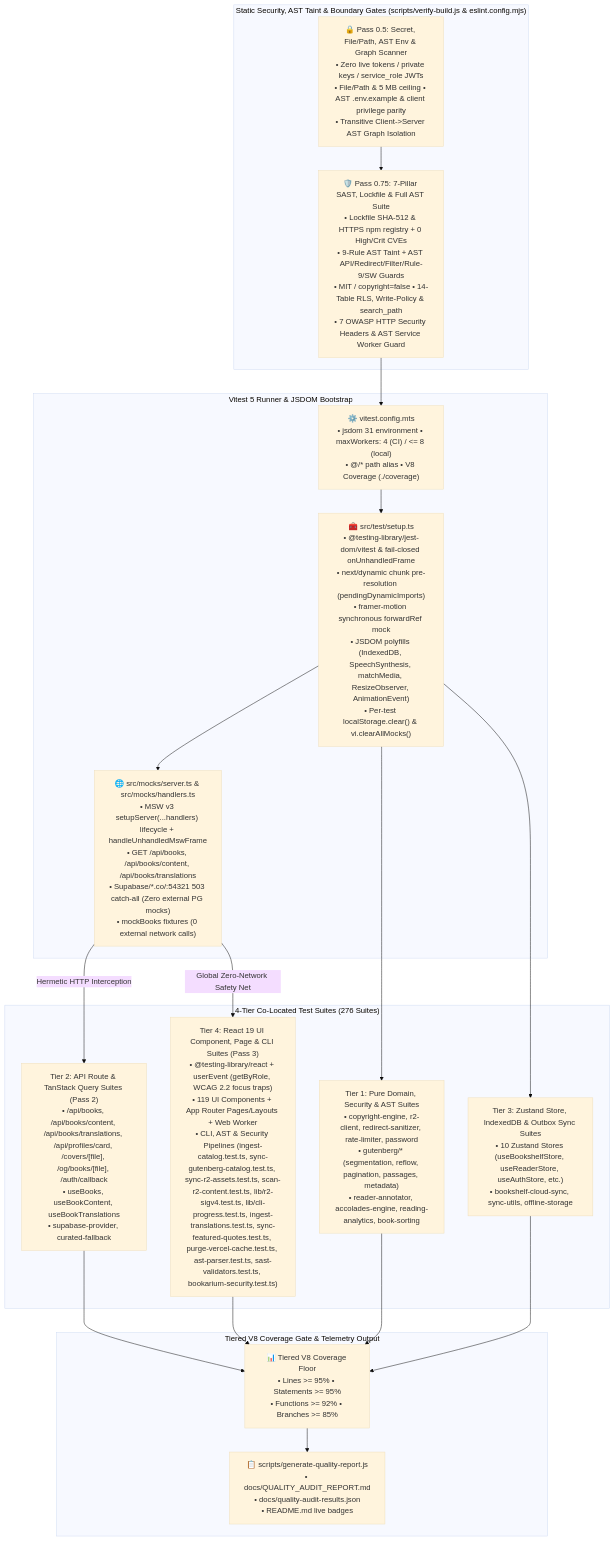
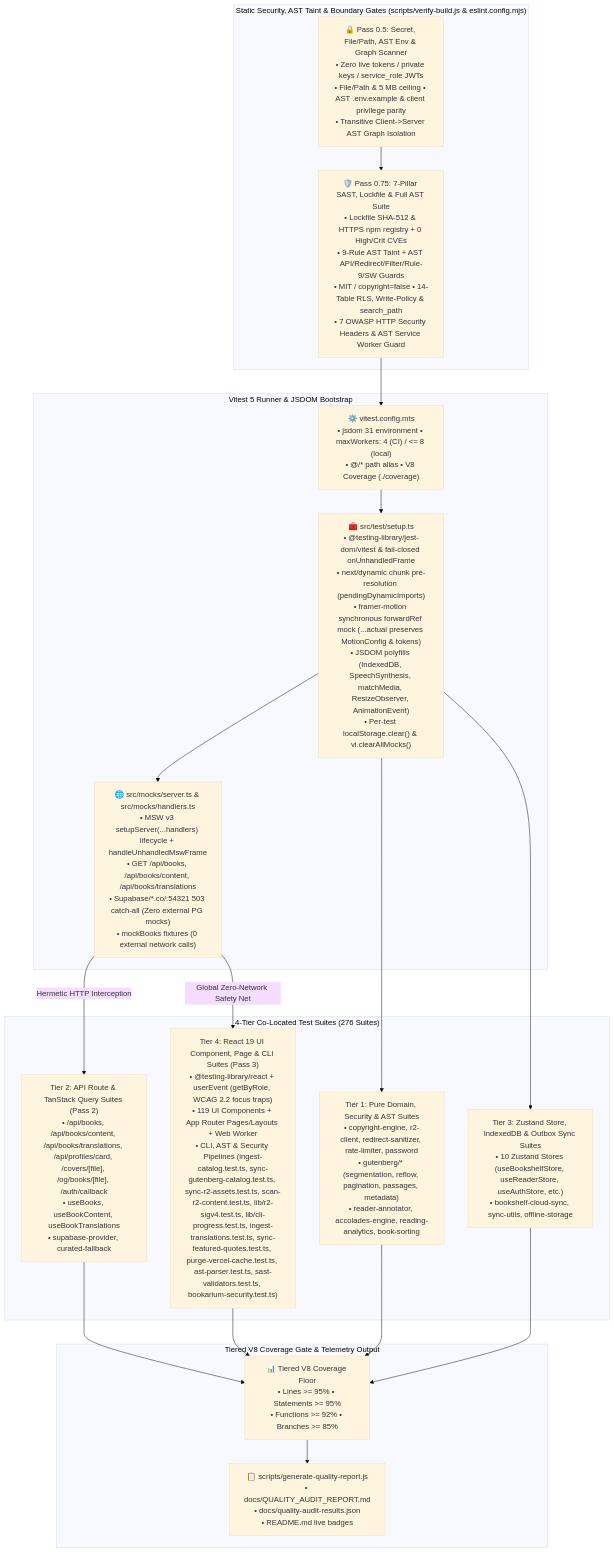
One commit to calin-m/Bookarium changed the diagram in docs/architecture/ast-topology-and-tooling.md. Above: the diagram before and after it, drawn with Mermaid (base theme). The commit also changed other lines of this file and 50 other files, not shown here.

First line of the commit message:
feat(motion,ast,docs): add MotionConfig reduced-motion, AnimatePresence overlays & Tier-4 contract sweep (v2.9.96)

````diff
--- a/docs/architecture/ast-topology-and-tooling.md
+++ b/docs/architecture/ast-topology-and-tooling.md
@@ -15,39 +15,39 @@
 ```mermaid
 flowchart TD
     subgraph SecurityGates ["Static Security, AST Taint & Boundary Gates (scripts/verify-build.js & eslint.config.mjs)"]
         Pass05["🔒 Pass 0.5: Secret, File/Path, AST Env & Graph Scanner\n• Zero live tokens / private keys / service_role JWTs\n• File/Path & 5 MB ceiling • AST .env.example & client privilege parity\n• Transitive Client->Server AST Graph Isolation"]
         Pass075["🛡️ Pass 0.75: 7-Pillar SAST, Lockfile & Full AST Suite\n• Lockfile SHA-512 & HTTPS npm registry + 0 High/Crit CVEs\n• 9-Rule AST Taint + AST API/Redirect/Filter/Rule-9/SW Guards\n• MIT / copyright=false • 14-Table RLS, Write-Policy & search_path\n• 7 OWASP HTTP Security Headers & AST Service Worker Guard"]
     end
 
     subgraph TestRunner ["Vitest 5 Runner & JSDOM Bootstrap"]
         VitestCfg["⚙️ vitest.config.mts\n• jsdom 31 environment • maxWorkers: 4 (CI) / <= 8 (local)\n• @/* path alias • V8 Coverage (./coverage)"]
-        TestSetup["🧰 src/test/setup.ts\n• @testing-library/jest-dom/vitest & fail-closed onUnhandledFrame\n• next/dynamic chunk pre-resolution (pendingDynamicImports)\n• framer-motion synchronous forwardRef mock\n• JSDOM polyfills (IndexedDB, SpeechSynthesis, matchMedia, ResizeObserver, AnimationEvent)\n• Per-test localStorage.clear() & vi.clearAllMocks()"]
+        TestSetup["🧰 src/test/setup.ts\n• @testing-library/jest-dom/vitest & fail-closed onUnhandledFrame\n• next/dynamic chunk pre-resolution (pendingDynamicImports)\n• framer-motion synchronous forwardRef mock (...actual preserves MotionConfig & tokens)\n• JSDOM polyfills (IndexedDB, SpeechSynthesis, matchMedia, ResizeObserver, AnimationEvent)\n• Per-test localStorage.clear() & vi.clearAllMocks()"]
         MSWServer["🌐 src/mocks/server.ts & src/mocks/handlers.ts\n• MSW v3 setupServer(...handlers) lifecycle + handleUnhandledMswFrame\n• GET /api/books, /api/books/content, /api/books/translations\n• Supabase/*.co/:54321 503 catch-all (Zero external PG mocks)\n• mockBooks fixtures (0 external network calls)"]
     end
 
     subgraph TestTiers ["4-Tier Co-Located Test Suites (276 Suites)"]
         Tier1["Tier 1: Pure Domain, Security & AST Suites\n• copyright-engine, r2-client, redirect-sanitizer, rate-limiter, password\n• gutenberg/* (segmentation, reflow, pagination, passages, metadata)\n• reader-annotator, accolades-engine, reading-analytics, book-sorting"]
         Tier2["Tier 2: API Route & TanStack Query Suites (Pass 2)\n• /api/books, /api/books/content, /api/books/translations, /api/profiles/card, /covers/[file], /og/books/[file], /auth/callback\n• useBooks, useBookContent, useBookTranslations\n• supabase-provider, curated-fallback"]
         Tier3["Tier 3: Zustand Store, IndexedDB & Outbox Sync Suites\n• 10 Zustand Stores (useBookshelfStore, useReaderStore, useAuthStore, etc.)\n• bookshelf-cloud-sync, sync-utils, offline-storage"]
         Tier4["Tier 4: React 19 UI Component, Page & CLI Suites (Pass 3)\n• @testing-library/react + userEvent (getByRole, WCAG 2.2 focus traps)\n• 119 UI Components + App Router Pages/Layouts + Web Worker\n• CLI, AST & Security Pipelines (ingest-catalog.test.ts, sync-gutenberg-catalog.test.ts, sync-r2-assets.test.ts, scan-r2-content.test.ts, lib/r2-sigv4.test.ts, lib/cli-progress.test.ts, ingest-translations.test.ts, sync-featured-quotes.test.ts, purge-vercel-cache.test.ts, ast-parser.test.ts, sast-validators.test.ts, bookarium-security.test.ts)"]
     end
 
     subgraph CoverageGate ["Tiered V8 Coverage Gate & Telemetry Output"]
         V8Thresholds["📊 Tiered V8 Coverage Floor\n• Lines >= 95% • Statements >= 95%\n• Functions >= 92% • Branches >= 85%"]
         QualityReport["📋 scripts/generate-quality-report.js\n• docs/QUALITY_AUDIT_REPORT.md\n• docs/quality-audit-results.json\n• README.md live badges"]
     end
 
     Pass05 --> Pass075
     Pass075 --> VitestCfg
     VitestCfg --> TestSetup
     TestSetup --> MSWServer
     TestSetup --> Tier1
     MSWServer -->|"Hermetic HTTP Interception"| Tier2
     TestSetup --> Tier3
     MSWServer -->|"Global Zero-Network Safety Net"| Tier4
     Tier1 --> V8Thresholds
     Tier2 --> V8Thresholds
     Tier3 --> V8Thresholds
     Tier4 --> V8Thresholds
     V8Thresholds --> QualityReport
 ```
````
